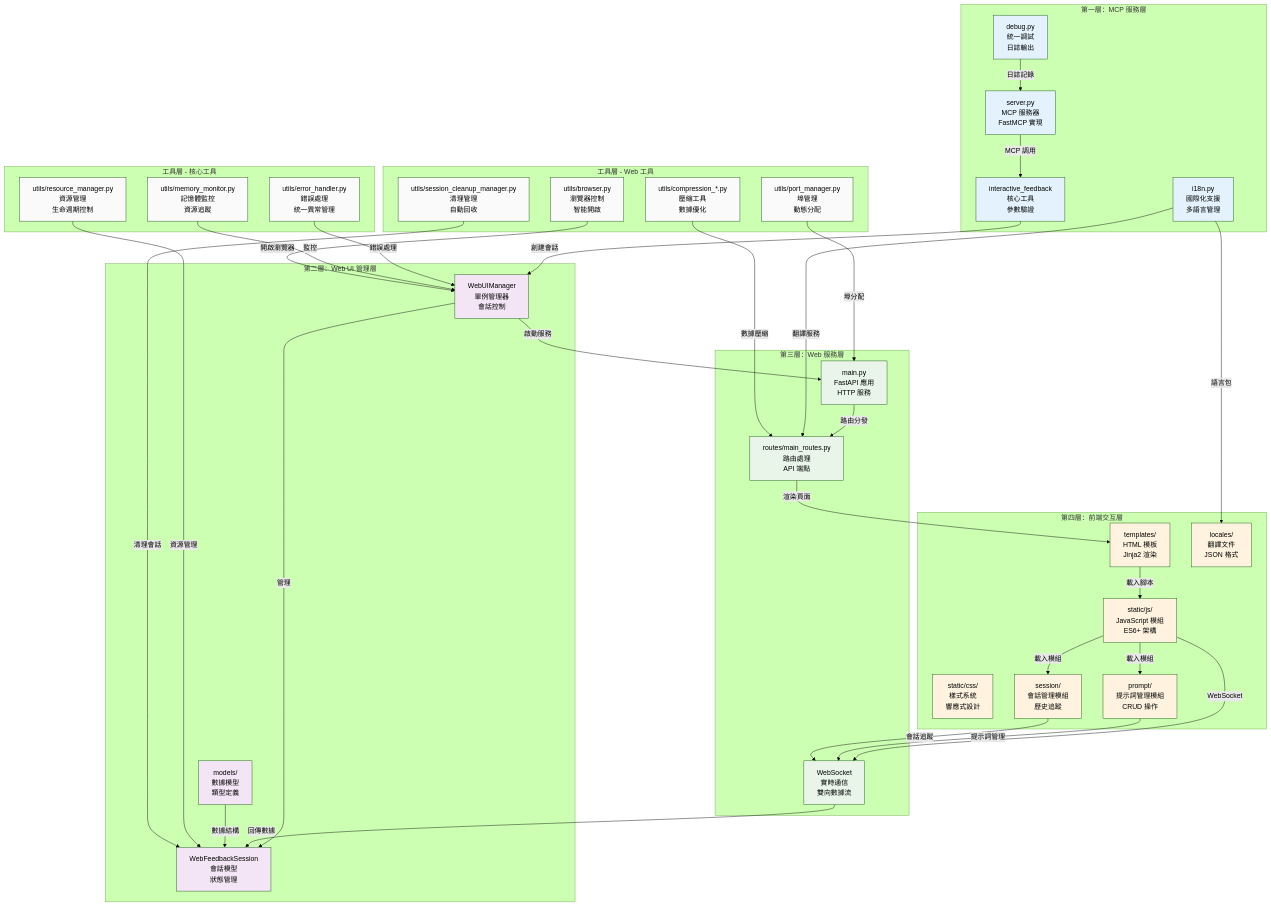
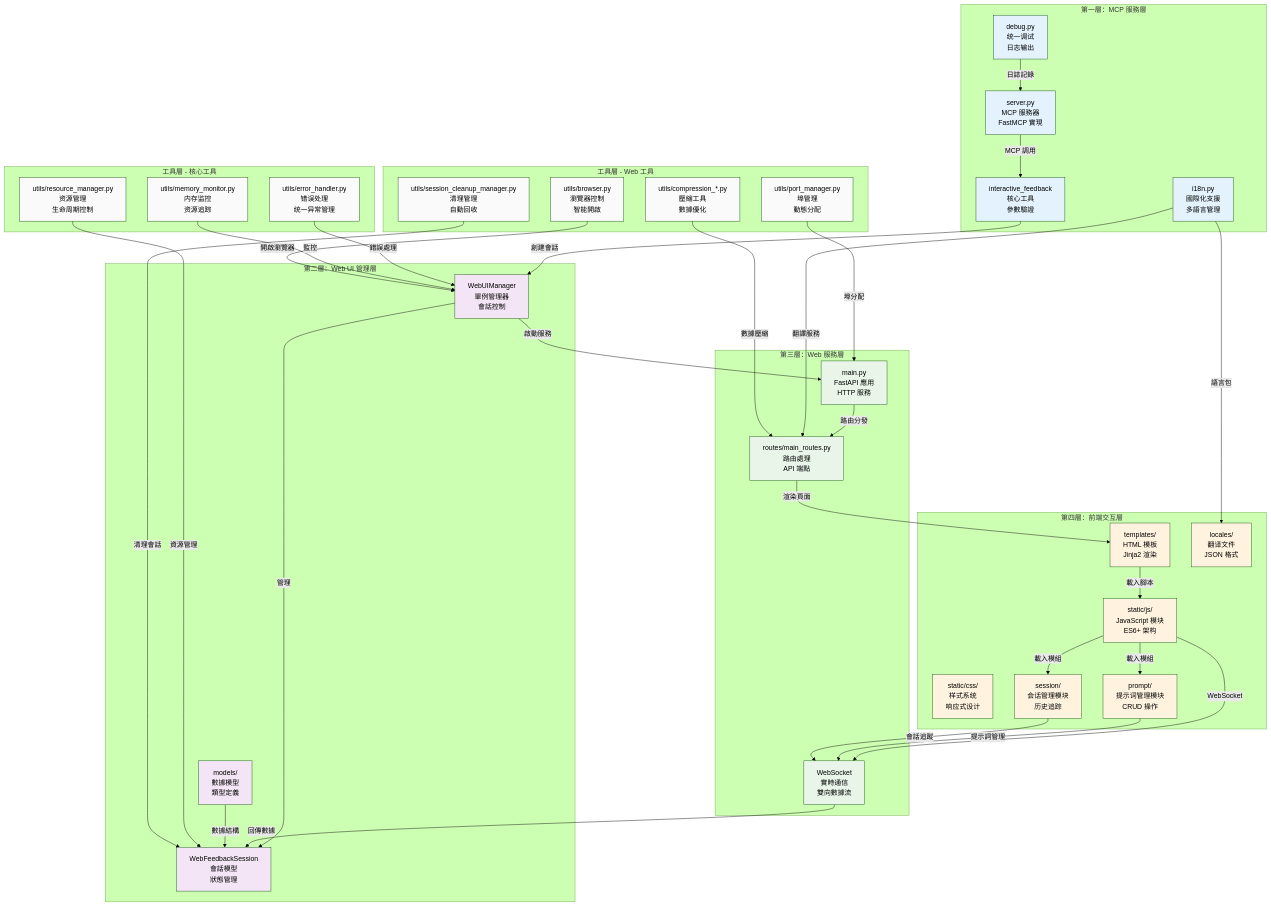
The first of 12 diagrams in docs/architecture/component-details.md (jayzqj/mcp-feedback-enhanced), drawn with Mermaid (forest theme) before and after one commit. The commit also changed other lines of this file and 18 other files, not shown here.

```diff
--- a/docs/architecture/component-details.md
+++ b/docs/architecture/component-details.md
@@ -20,7 +20,7 @@
         SERVER[server.py<br/>MCP 服務器<br/>FastMCP 實現]
         TOOL[interactive_feedback<br/>核心工具<br/>參數驗證]
         I18N[i18n.py<br/>國際化支援<br/>多語言管理]
-        DEBUG[debug.py<br/>統一調試<br/>日誌輸出]
+        DEBUG[debug.py<br/>统一调试<br/>日志输出]
     end
 
     subgraph "第二層：Web UI 管理層"
@@ -37,17 +37,17 @@
 
     subgraph "第四層：前端交互層"
         HTML[templates/<br/>HTML 模板<br/>Jinja2 渲染]
-        JS[static/js/<br/>JavaScript 模組<br/>ES6+ 架構]
-        CSS[static/css/<br/>樣式系統<br/>響應式設計]
-        LOCALES[locales/<br/>翻譯文件<br/>JSON 格式]
-        PROMPT_MODULES[prompt/<br/>提示詞管理模組<br/>CRUD 操作]
-        SESSION_MODULES[session/<br/>會話管理模組<br/>歷史追蹤]
+        JS[static/js/<br/>JavaScript 模块<br/>ES6+ 架构]
+        CSS[static/css/<br/>样式系统<br/>响应式设计]
+        LOCALES[locales/<br/>翻译文件<br/>JSON 格式]
+        PROMPT_MODULES[prompt/<br/>提示词管理模块<br/>CRUD 操作]
+        SESSION_MODULES[session/<br/>会话管理模块<br/>历史追踪]
     end
 
     subgraph "工具層 - 核心工具"
-        ERROR[utils/error_handler.py<br/>錯誤處理<br/>統一異常管理]
-        MEMORY[utils/memory_monitor.py<br/>記憶體監控<br/>資源追蹤]
-        RESOURCE[utils/resource_manager.py<br/>資源管理<br/>生命週期控制]
+        ERROR[utils/error_handler.py<br/>错误处理<br/>统一异常管理]
+        MEMORY[utils/memory_monitor.py<br/>内存监控<br/>资源追踪]
+        RESOURCE[utils/resource_manager.py<br/>资源管理<br/>生命周期控制]
     end
 
     subgraph "工具層 - Web 工具"
```
